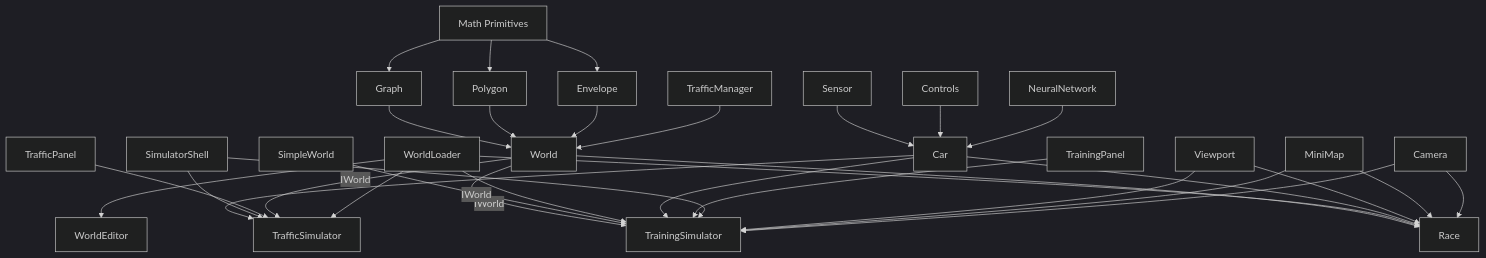
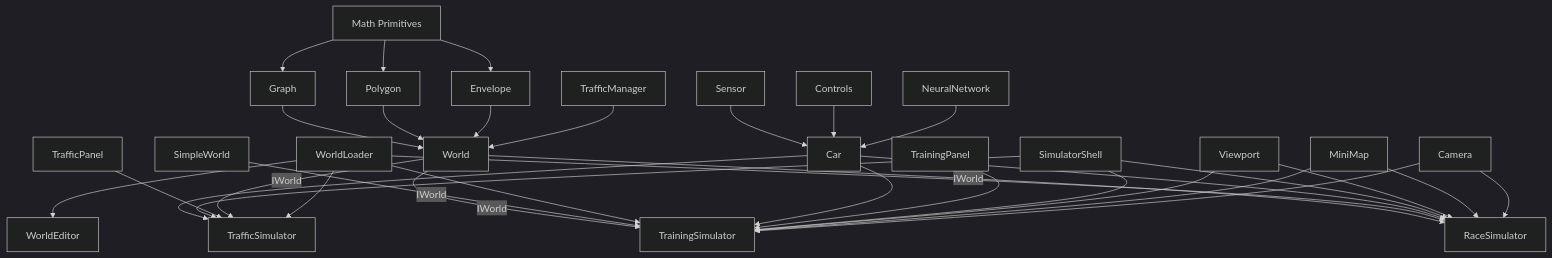
Before and after one commit to alekseykravetz/Self-driving-car: the diagram in docs/Architecture.md, drawn with Mermaid (dark theme). The commit also changed other lines of this file and 2 other files, not shown here.

Commit message:
update docs games to racing simulator

````diff
--- a/docs/Architecture.md
+++ b/docs/Architecture.md
@@ -166,34 +166,35 @@
 ```mermaid
 graph TD
     Math[Math Primitives] --> Graph
     Math --> Polygon
     Math --> Envelope
     Graph --> World
     Polygon --> World
     Envelope --> World
     World -->|IWorld| TrainingSimulator
     SimpleWorld -->|IWorld| TrainingSimulator
-    World --> Race
+    World -->|IWorld| RaceSimulator
     WorldLoader --> TrainingSimulator
-    WorldLoader --> Race
+    WorldLoader --> RaceSimulator
     WorldLoader --> WorldEditor
     Sensor --> Car
     Controls --> Car
     NeuralNetwork --> Car
     Car --> TrainingSimulator
-    Car --> Race
+    Car --> RaceSimulator
     Car --> TrafficSimulator
     TrainingPanel --> TrainingSimulator
     SimulatorShell --> TrainingSimulator
     SimulatorShell --> TrafficSimulator
+    SimulatorShell --> RaceSimulator
     TrafficPanel --> TrafficSimulator
     World -->|IWorld| TrafficSimulator
     WorldLoader --> TrafficSimulator
     Viewport --> TrainingSimulator
-    Viewport --> Race
+    Viewport --> RaceSimulator
     MiniMap --> TrainingSimulator
-    MiniMap --> Race
+    MiniMap --> RaceSimulator
     Camera --> TrainingSimulator
-    Camera --> Race
+    Camera --> RaceSimulator
     TrafficManager --> World
 ```
````
